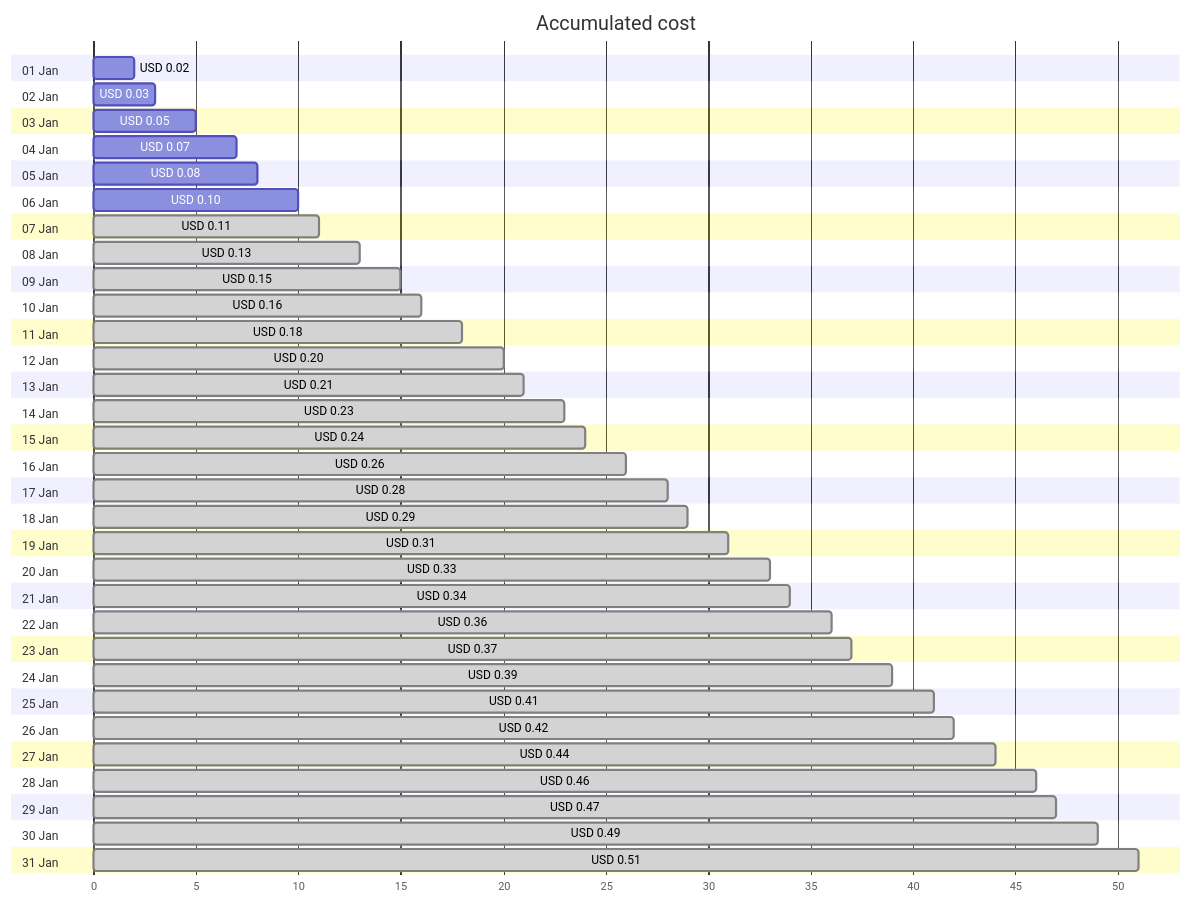
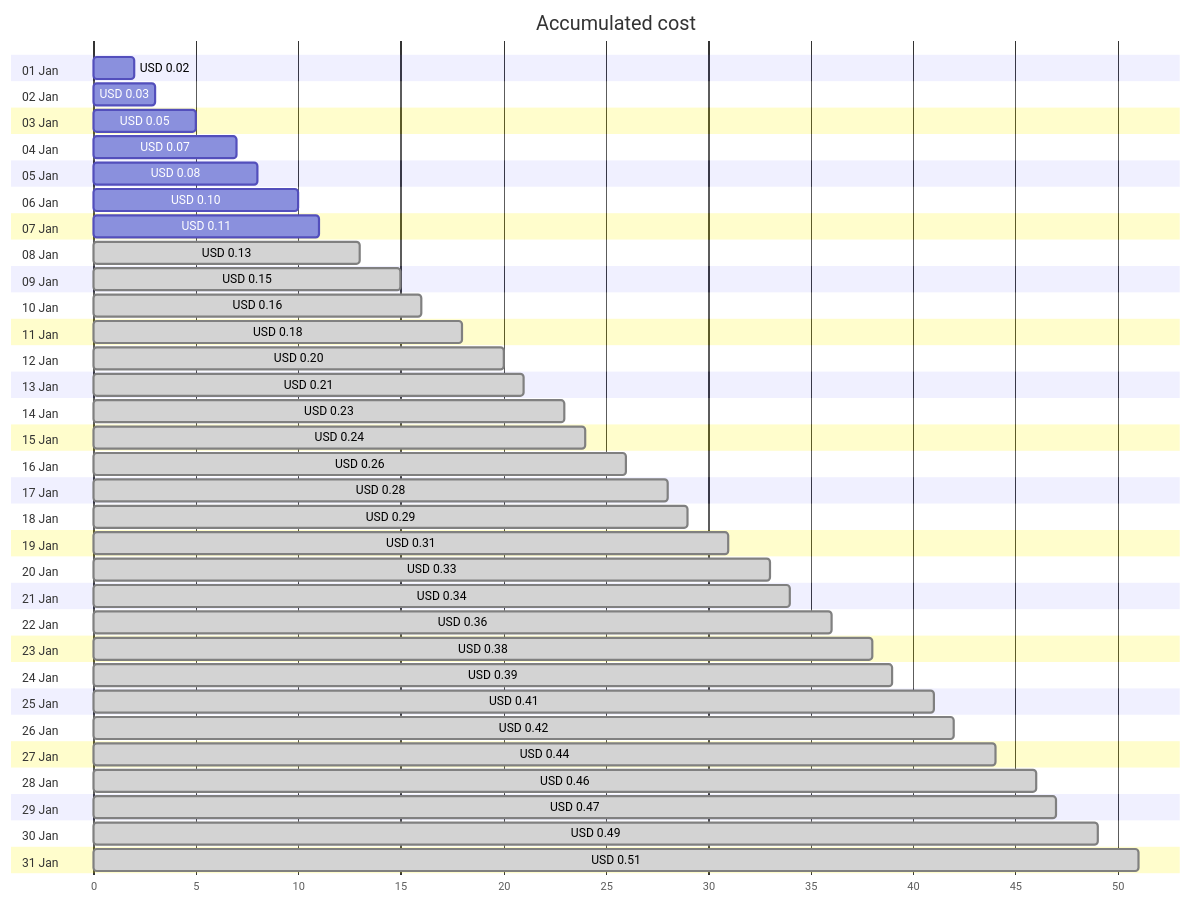
The first of 4 diagrams in cost-reports/personal-dns/jpatrickfulton.com.md (jpfulton/azure-personal-reports), drawn with Mermaid before and after one commit. The commit also changed other lines of this file and 2 other files, not shown here.

````diff
--- a/cost-reports/personal-dns/jpatrickfulton.com.md
+++ b/cost-reports/personal-dns/jpatrickfulton.com.md
@@ -20,68 +20,68 @@
 ```mermaid
 gantt
    title Accumulated cost
    dateFormat  X
    axisFormat %s
    section 01 Jan
    USD 0.02 :0, 2
    section 02 Jan
    USD 0.03 :0, 3
    section 03 Jan
    USD 0.05 :0, 5
    section 04 Jan
    USD 0.07 :0, 7
    section 05 Jan
    USD 0.08 :0, 8
    section 06 Jan
    USD 0.10 :0, 10
    section 07 Jan
-   USD 0.11 : done, 0, 11
+   USD 0.11 :0, 11
    section 08 Jan
    USD 0.13 : done, 0, 13
    section 09 Jan
    USD 0.15 : done, 0, 15
    section 10 Jan
    USD 0.16 : done, 0, 16
    section 11 Jan
    USD 0.18 : done, 0, 18
    section 12 Jan
    USD 0.20 : done, 0, 20
    section 13 Jan
    USD 0.21 : done, 0, 21
    section 14 Jan
    USD 0.23 : done, 0, 23
    section 15 Jan
    USD 0.24 : done, 0, 24
    section 16 Jan
    USD 0.26 : done, 0, 26
    section 17 Jan
    USD 0.28 : done, 0, 28
    section 18 Jan
    USD 0.29 : done, 0, 29
    section 19 Jan
    USD 0.31 : done, 0, 31
    section 20 Jan
    USD 0.33 : done, 0, 33
    section 21 Jan
    USD 0.34 : done, 0, 34
    section 22 Jan
    USD 0.36 : done, 0, 36
    section 23 Jan
-   USD 0.37 : done, 0, 37
+   USD 0.38 : done, 0, 38
    section 24 Jan
    USD 0.39 : done, 0, 39
    section 25 Jan
    USD 0.41 : done, 0, 41
    section 26 Jan
    USD 0.42 : done, 0, 42
    section 27 Jan
    USD 0.44 : done, 0, 44
    section 28 Jan
    USD 0.46 : done, 0, 46
    section 29 Jan
    USD 0.47 : done, 0, 47
    section 30 Jan
    USD 0.49 : done, 0, 49
    section 31 Jan
    USD 0.51 : done, 0, 51
 ```
````
